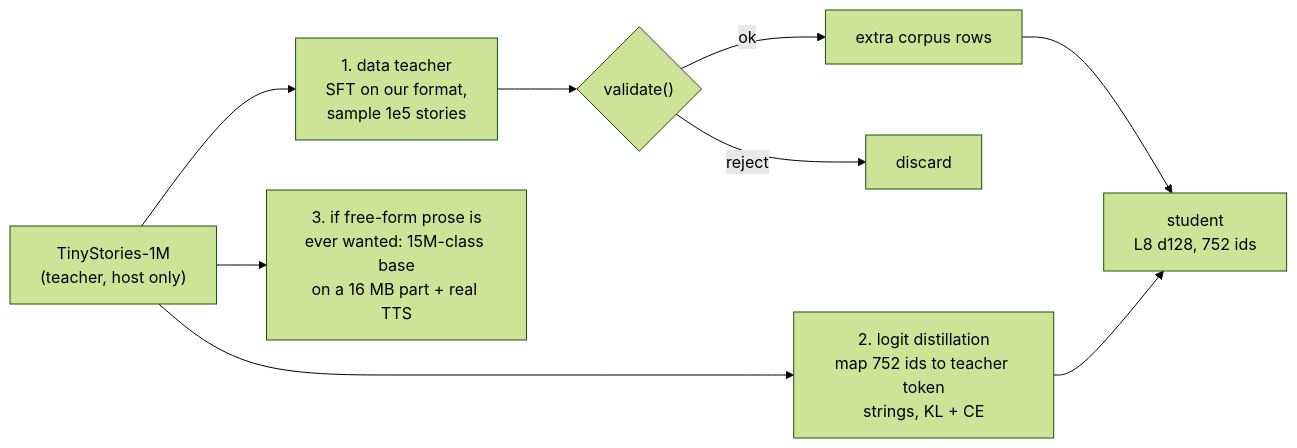
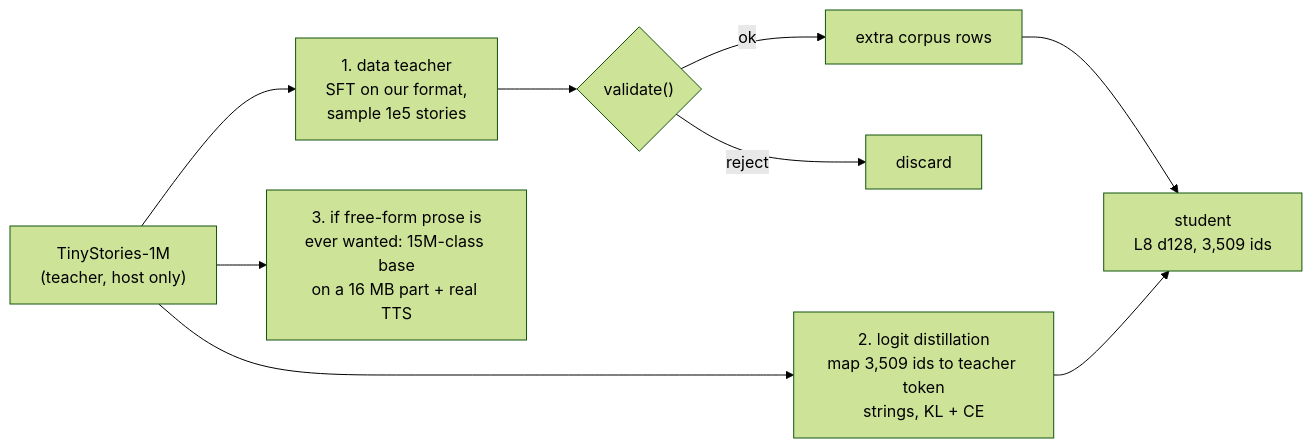
The third of 3 diagrams in docs/tiny_model.md (hariharaprasadr/storylm), drawn with Mermaid (forest theme) before and after one commit. The commit also changed other lines of this file and 5 other files, not shown here.

````diff
--- a/docs/tiny_model.md
+++ b/docs/tiny_model.md
@@ -299,11 +303,11 @@
 ```mermaid
 flowchart LR
     T["TinyStories-1M<br/>(teacher, host only)"] --> A["1. data teacher<br/>SFT on our format,<br/>sample 1e5 stories"]
     A --> V{"validate()"}
     V -->|ok| C["extra corpus rows"]
     V -->|reject| X["discard"]
-    C --> S["student<br/>L8 d128, 752 ids"]
-    T --> B["2. logit distillation<br/>map 752 ids to teacher token<br/>strings, KL + CE"]
+    C --> S["student<br/>L8 d128, 3,509 ids"]
+    T --> B["2. logit distillation<br/>map 3,509 ids to teacher token<br/>strings, KL + CE"]
     B --> S
     T --> D["3. if free-form prose is<br/>ever wanted: 15M-class base<br/>on a 16 MB part + real TTS"]
 ```
````
